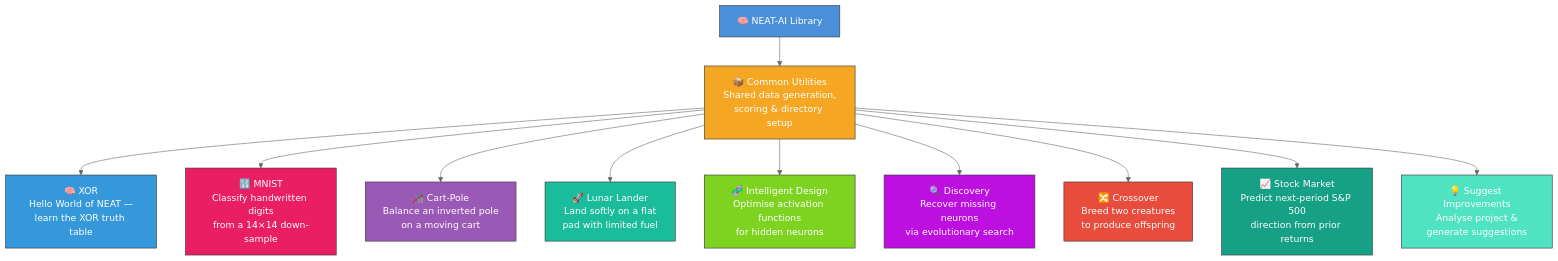
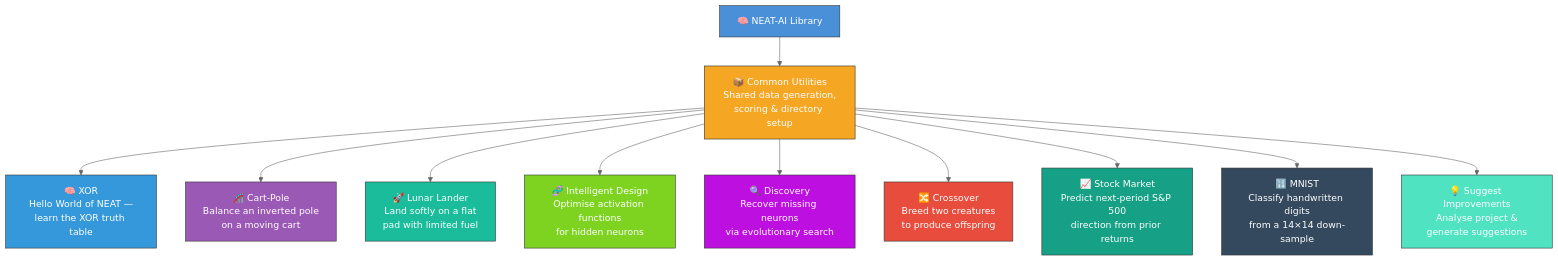
One commit to stSoftwareAU/NEAT-AI-Examples changed the first of 4 diagrams in README.md. Above: the diagram before and after it, drawn with Mermaid (neutral theme). The commit also changed other lines of this file and 10 other files, not shown here.

First line of the commit message:
Add MNIST handwritten-digit classification example (#77)

````diff
--- a/README.md
+++ b/README.md
@@ -71,38 +72,38 @@
 ```mermaid
 flowchart TD
     NEAT["🧠 NEAT-AI Library"]
     COMMON["📦 Common Utilities<br/>Shared data generation,<br/>scoring & directory setup"]
 
     XOR["🧠 XOR<br/>Hello World of NEAT —<br/>learn the XOR truth table"]
-    MNIST["🔢 MNIST<br/>Classify handwritten digits<br/>from a 14×14 down-sample"]
     CART["🎢 Cart-Pole<br/>Balance an inverted pole<br/>on a moving cart"]
     LUNAR["🚀 Lunar Lander<br/>Land softly on a flat<br/>pad with limited fuel"]
     ID["🧬 Intelligent Design<br/>Optimise activation functions<br/>for hidden neurons"]
     DISC["🔍 Discovery<br/>Recover missing neurons<br/>via evolutionary search"]
     CROSS["🔀 Crossover<br/>Breed two creatures<br/>to produce offspring"]
     STOCK["📈 Stock Market<br/>Predict next-period S&P 500<br/>direction from prior returns"]
+    MNIST["🔢 MNIST<br/>Classify handwritten digits<br/>from a 14×14 down-sample"]
     SUGGEST["💡 Suggest Improvements<br/>Analyse project &<br/>generate suggestions"]
 
     NEAT --> COMMON
     COMMON --> XOR
-    COMMON --> MNIST
     COMMON --> CART
     COMMON --> LUNAR
     COMMON --> ID
     COMMON --> DISC
     COMMON --> CROSS
     COMMON --> STOCK
+    COMMON --> MNIST
     COMMON --> SUGGEST
 
     style NEAT fill:#4a90d9,stroke:#333,color:#fff
     style COMMON fill:#f5a623,stroke:#333,color:#fff
     style XOR fill:#3498db,stroke:#333,color:#fff
-    style MNIST fill:#e91e63,stroke:#333,color:#fff
     style CART fill:#9b59b6,stroke:#333,color:#fff
     style LUNAR fill:#1abc9c,stroke:#333,color:#fff
     style ID fill:#7ed321,stroke:#333,color:#fff
     style DISC fill:#bd10e0,stroke:#333,color:#fff
     style CROSS fill:#e74c3c,stroke:#333,color:#fff
     style STOCK fill:#16a085,stroke:#333,color:#fff
+    style MNIST fill:#34495e,stroke:#333,color:#fff
     style SUGGEST fill:#50e3c2,stroke:#333,color:#fff
 ```
````
